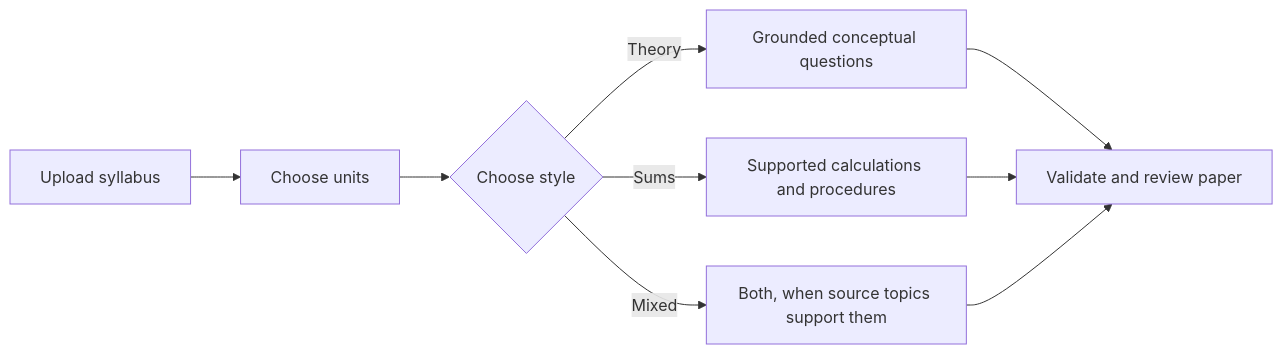
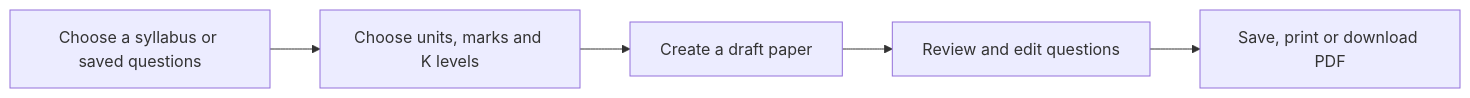
One commit to irfanshafi21/mini-project changed the first of 9 diagrams in README.md. Above: the diagram before and after it, drawn with Mermaid. The commit also changed other lines of this file, not shown here.

````diff
--- a/README.md
+++ b/README.md
@@ -105,11 +21,7 @@
-```mermaid
+~~~mermaid
 flowchart LR
-  A[Upload syllabus] --> B[Choose units]
-  B --> C{Choose style}
-  C -->|Theory| D[Grounded conceptual questions]
-  C -->|Sums| E[Supported calculations and procedures]
-  C -->|Mixed| F[Both, when source topics support them]
-  D --> G[Validate and review paper]
-  E --> G
-  F --> G
-```
+  A[Choose a syllabus or saved questions] --> B[Choose units, marks and K levels]
+  B --> C[Create a draft paper]
+  C --> D[Review and edit questions]
+  D --> E[Save, print or download PDF]
+~~~
````
